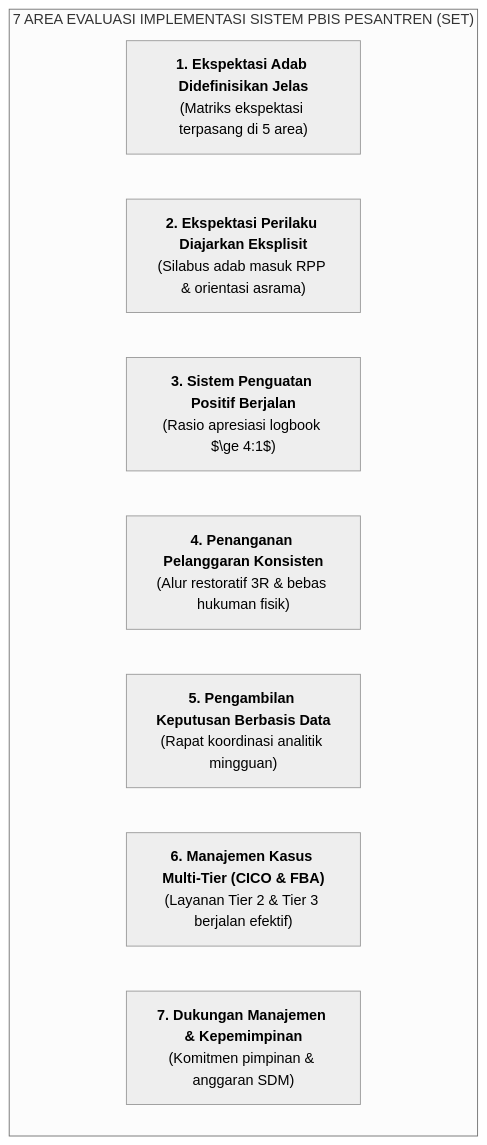
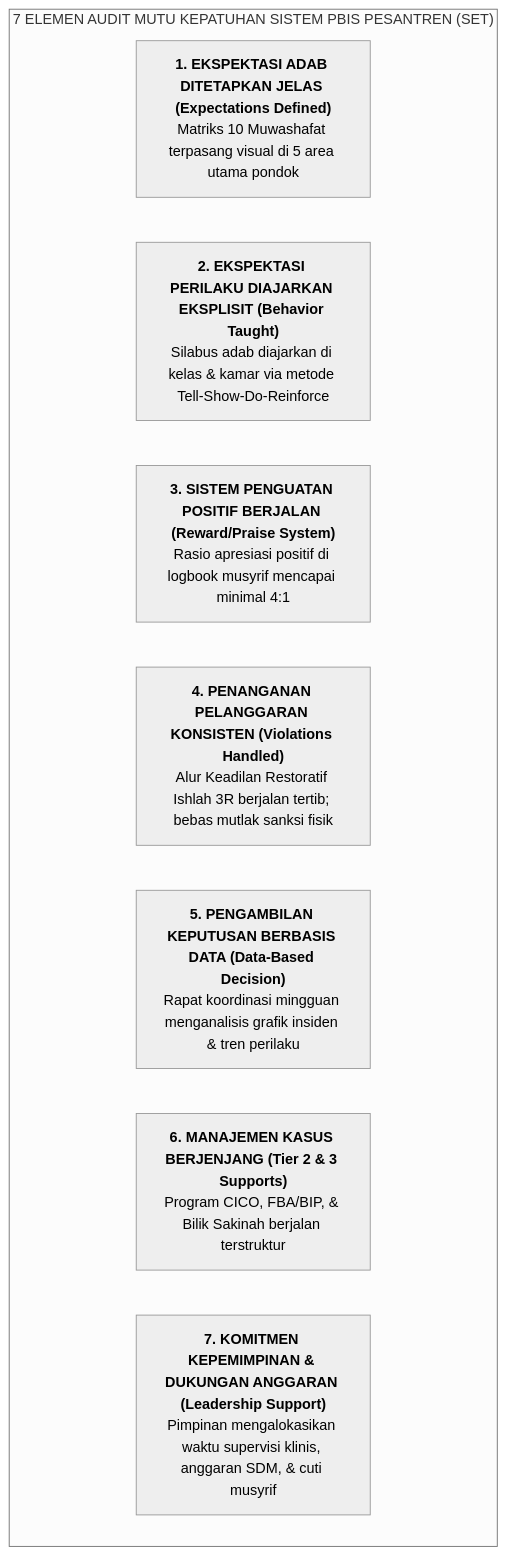
The diagram in BOOK Series 2/Volume-05-Manual-Operasional-SOP-24Jam-dan-Tata-Kelola/Bab-08-Audit-Mutu-dan-Keberlanjutan-Sistem/01-Instrumen-Evaluasi-Diri-SET.md (wandiapriliyandi/tumbuh), drawn with Mermaid (neutral theme) before and after one commit. The commit also changed other lines of this file and 61 other files, not shown here.

````diff
--- a/BOOK Series 2/Volume-05-Manual-Operasional-SOP-24Jam-dan-Tata-Kelola/Bab-08-Audit-Mutu-dan-Keberlanjutan-Sistem/01-Instrumen-Evaluasi-Diri-SET.md
+++ b/BOOK Series 2/Volume-05-Manual-Operasional-SOP-24Jam-dan-Tata-Kelola/Bab-08-Audit-Mutu-dan-Keberlanjutan-Sistem/01-Instrumen-Evaluasi-Diri-SET.md
@@ -11,12 +11,18 @@
 ```mermaid
 flowchart TD
-    subgraph TujuhAreaSET["7 AREA EVALUASI IMPLEMENTASI SISTEM PBIS PESANTREN (SET)"]
-        A1["<b>1. Ekspektasi Adab Didefinisikan Jelas</b><br/>(Matriks ekspektasi terpasang di 5 area)"]
-        A2["<b>2. Ekspektasi Perilaku Diajarkan Eksplisit</b><br/>(Silabus adab masuk RPP & orientasi asrama)"]
-        A3["<b>3. Sistem Penguatan Positif Berjalan</b><br/>(Rasio apresiasi logbook $\ge 4:1$)"]
-        A4["<b>4. Penanganan Pelanggaran Konsisten</b><br/>(Alur restoratif 3R & bebas hukuman fisik)"]
-        A5["<b>5. Pengambilan Keputusan Berbasis Data</b><br/>(Rapat koordinasi analitik mingguan)"]
-        A6["<b>6. Manajemen Kasus Multi-Tier (CICO & FBA)</b><br/>(Layanan Tier 2 & Tier 3 berjalan efektif)"]
-        A7["<b>7. Dukungan Manajemen & Kepemimpinan</b><br/>(Komitmen pimpinan & anggaran SDM)"]
+    subgraph TujuhElemenKunciSET["7 ELEMEN AUDIT MUTU KEPATUHAN SISTEM PBIS PESANTREN (SET)"]
+        E1["<b>1. EKSPEKTASI ADAB DITETAPKAN JELAS (Expectations Defined)</b><br/>Matriks 10 Muwashafat terpasang visual di 5 area utama pondok"]
+        
+        E2["<b>2. EKSPEKTASI PERILAKU DIAJARKAN EKSPLISIT (Behavior Taught)</b><br/>Silabus adab diajarkan di kelas & kamar via metode Tell-Show-Do-Reinforce"]
+        
+        E3["<b>3. SISTEM PENGUATAN POSITIF BERJALAN (Reward/Praise System)</b><br/>Rasio apresiasi positif di logbook musyrif mencapai minimal 4:1"]
+        
+        E4["<b>4. PENANGANAN PELANGGARAN KONSISTEN (Violations Handled)</b><br/>Alur Keadilan Restoratif Ishlah 3R berjalan tertib; bebas mutlak sanksi fisik"]
+        
+        E5["<b>5. PENGAMBILAN KEPUTUSAN BERBASIS DATA (Data-Based Decision)</b><br/>Rapat koordinasi mingguan menganalisis grafik insiden & tren perilaku"]
+        
+        E6["<b>6. MANAJEMEN KASUS BERJENJANG (Tier 2 & 3 Supports)</b><br/>Program CICO, FBA/BIP, & Bilik Sakinah berjalan terstruktur"]
+        
+        E7["<b>7. KOMITMEN KEPEMIMPINAN & DUKUNGAN ANGGARAN (Leadership Support)</b><br/>Pimpinan mengalokasikan waktu supervisi klinis, anggaran SDM, & cuti musyrif"]
     end
 ```
````
